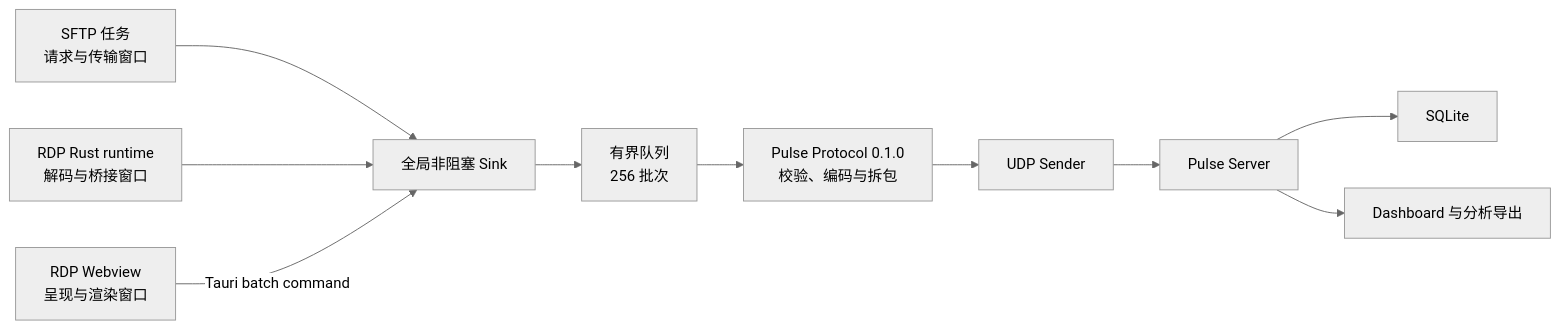
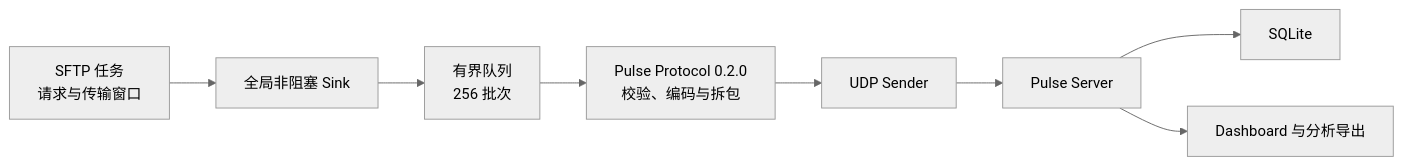
One commit to fluxterm/fluxterm changed the diagram in docs/performance-telemetry-implementation.md. Above: the diagram before and after it, drawn with Mermaid (neutral theme). The commit also changed other lines of this file and 87 other files, not shown here.

````diff
--- a/docs/performance-telemetry-implementation.md
+++ b/docs/performance-telemetry-implementation.md
@@ -7,23 +7,19 @@
 ```mermaid
 flowchart LR
     SFTP["SFTP 任务<br/>请求与传输窗口"]
-    RDPR["RDP Rust runtime<br/>解码与桥接窗口"]
-    RDPW["RDP Webview<br/>呈现与渲染窗口"]
     SINK["全局非阻塞 Sink"]
     QUEUE["有界队列<br/>256 批次"]
-    PROTOCOL["Pulse Protocol 0.1.0<br/>校验、编码与拆包"]
+    PROTOCOL["Pulse Protocol 0.2.0<br/>校验、编码与拆包"]
     UDP["UDP Sender"]
     SERVER["Pulse Server"]
     STORE["SQLite"]
     UI["Dashboard 与分析导出"]
 
     SFTP --> SINK
-    RDPR --> SINK
-    RDPW -->|"Tauri batch command"| SINK
     SINK --> QUEUE
     QUEUE --> PROTOCOL
     PROTOCOL --> UDP
     UDP --> SERVER
     SERVER --> STORE
     SERVER --> UI
 ```
````
